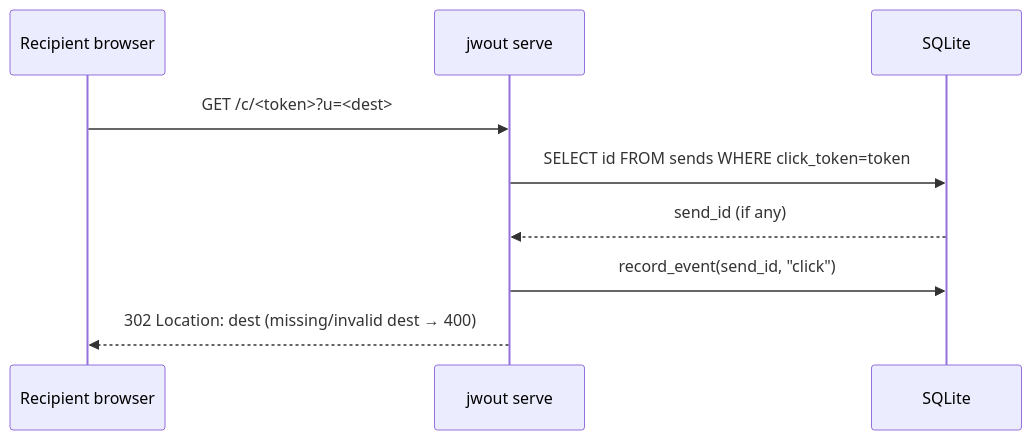
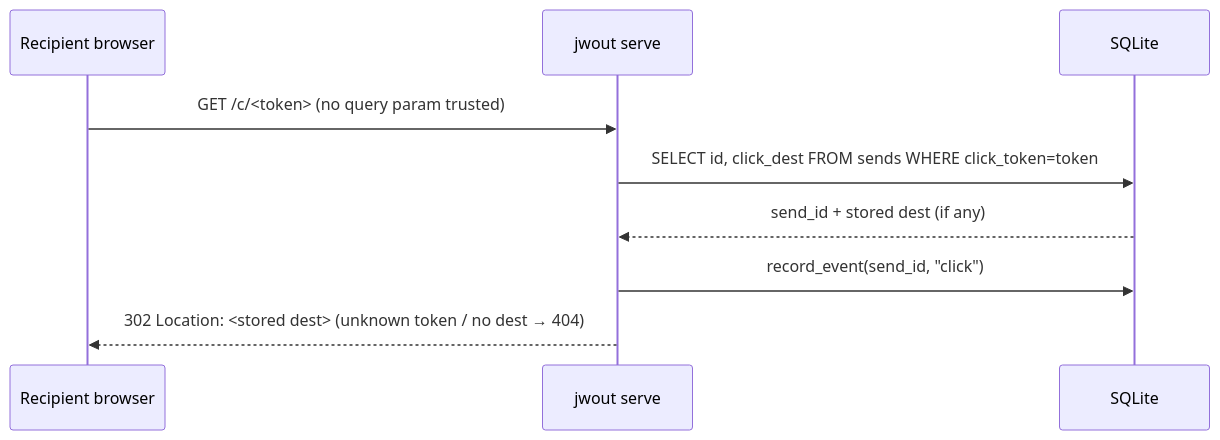
Before and after one commit to sancovp/twi-jobworld: the sixth of 7 diagrams in connectors/outreach/FLOWS.md, drawn with Mermaid. The commit also changed 10 other files, not shown here.

````diff
--- a/connectors/outreach/FLOWS.md
+++ b/connectors/outreach/FLOWS.md
@@ -114,11 +114,11 @@
 ```mermaid
 sequenceDiagram
   participant R as Recipient browser
   participant SV as jwout serve
   participant DB as SQLite
-  R->>SV: GET /c/<token>?u=<dest>
-  SV->>DB: SELECT id FROM sends WHERE click_token=token
-  DB-->>SV: send_id (if any)
+  R->>SV: GET /c/<token>   (no query param trusted)
+  SV->>DB: SELECT id, click_dest FROM sends WHERE click_token=token
+  DB-->>SV: send_id + stored dest (if any)
   SV->>DB: record_event(send_id, "click")
-  SV-->>R: 302 Location: dest  (missing/invalid dest → 400)
+  SV-->>R: 302 Location: <stored dest>  (unknown token / no dest → 404)
 ```
````
